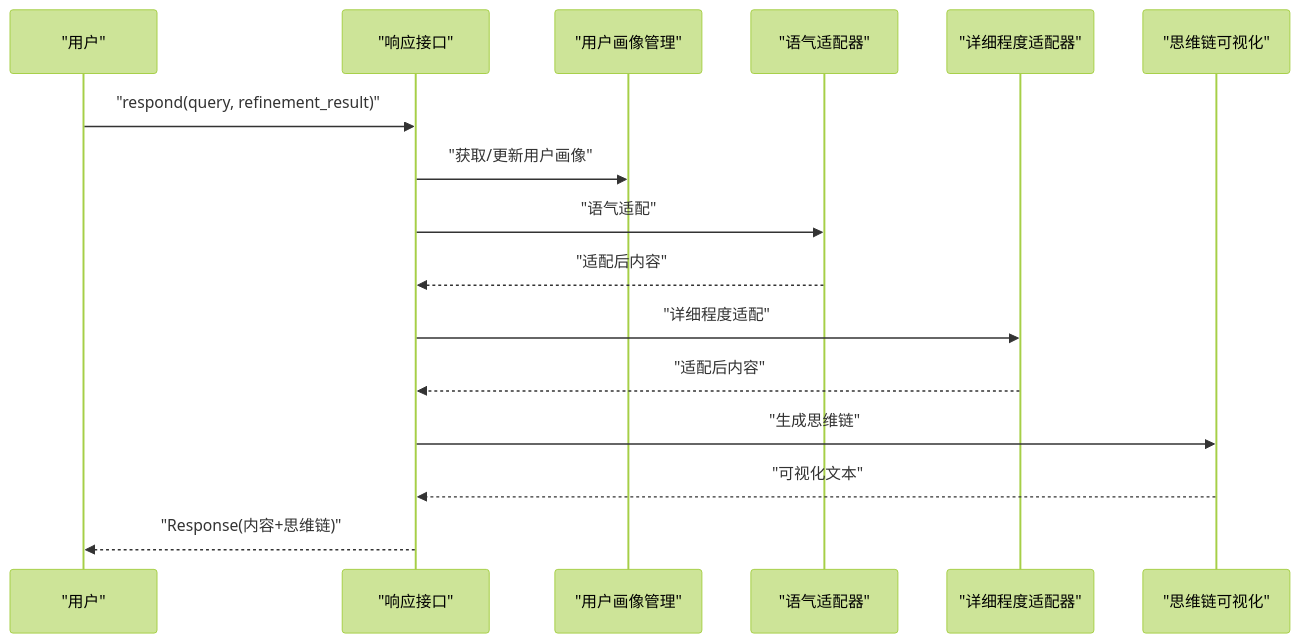
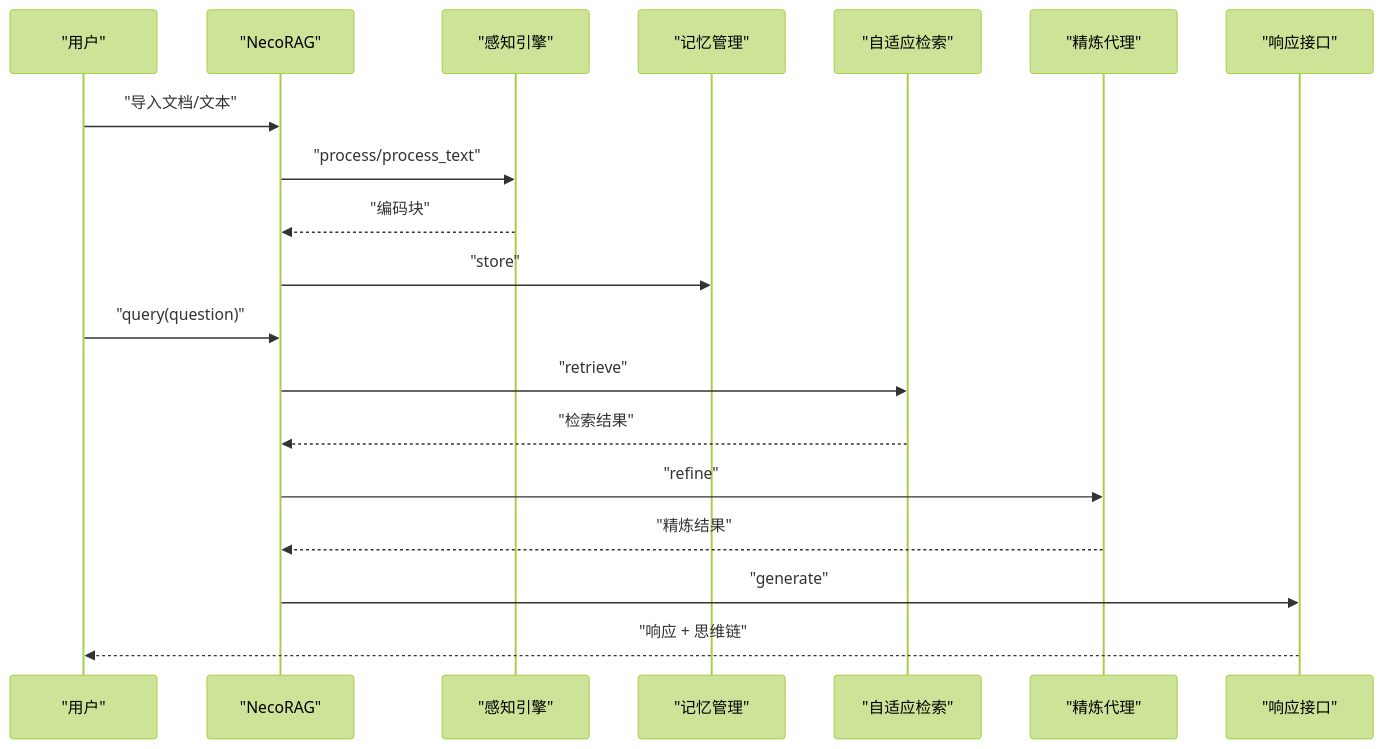
One commit to JieGaoPrinceton/NecoRAG changed the third of 4 diagrams in .qoder/repowiki/zh/content/项目概述/项目概述.md. Above: the diagram before and after it, drawn with Mermaid (forest theme). The commit also changed other lines of this file and 222 other files, not shown here.

````diff
--- a/.qoder/repowiki/zh/content/项目概述/项目概述.md
+++ b/.qoder/repowiki/zh/content/项目概述/项目概述.md
@@ -291,18 +125,21 @@
 ```mermaid
 sequenceDiagram
 participant U as "用户"
-participant RI as "响应接口"
-participant PM as "用户画像管理"
-participant TA as "语气适配器"
-participant DA as "详细程度适配器"
-participant TV as "思维链可视化"
-U->>RI : "respond(query, refinement_result)"
-RI->>PM : "获取/更新用户画像"
-RI->>TA : "语气适配"
-TA-->>RI : "适配后内容"
-RI->>DA : "详细程度适配"
-DA-->>RI : "适配后内容"
-RI->>TV : "生成思维链"
-TV-->>RI : "可视化文本"
-RI-->>U : "Response(内容+思维链)"
+participant N as "NecoRAG"
+participant P as "感知引擎"
+participant M as "记忆管理"
+participant Ret as "自适应检索"
+participant Ref as "精炼代理"
+participant Resp as "响应接口"
+U->>N : "导入文档/文本"
+N->>P : "process/process_text"
+P-->>N : "编码块"
+N->>M : "store"
+U->>N : "query(question)"
+N->>Ret : "retrieve"
+Ret-->>N : "检索结果"
+N->>Ref : "refine"
+Ref-->>N : "精炼结果"
+N->>Resp : "generate"
+Resp-->>U : "响应 + 思维链"
 ```
````
